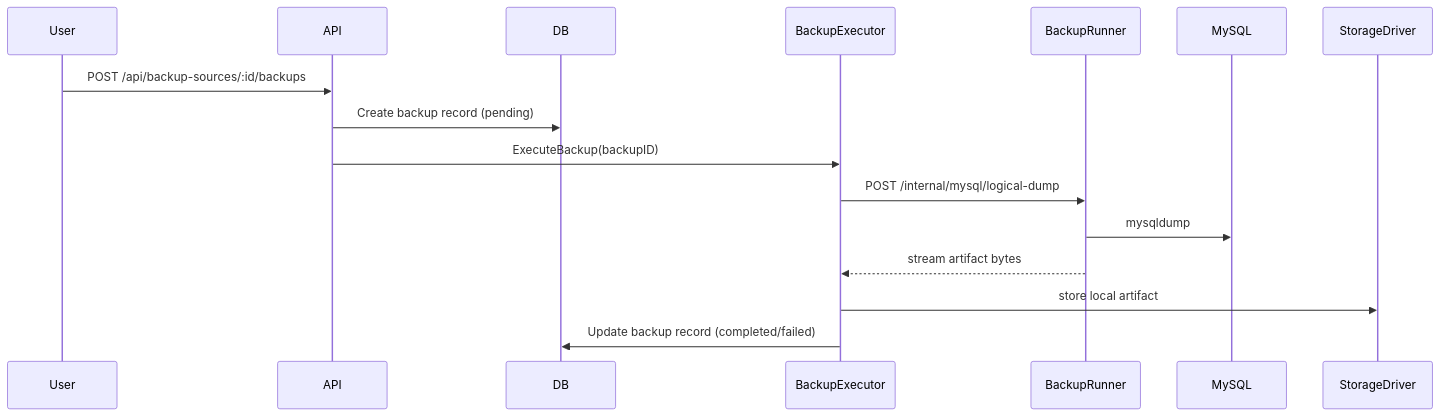
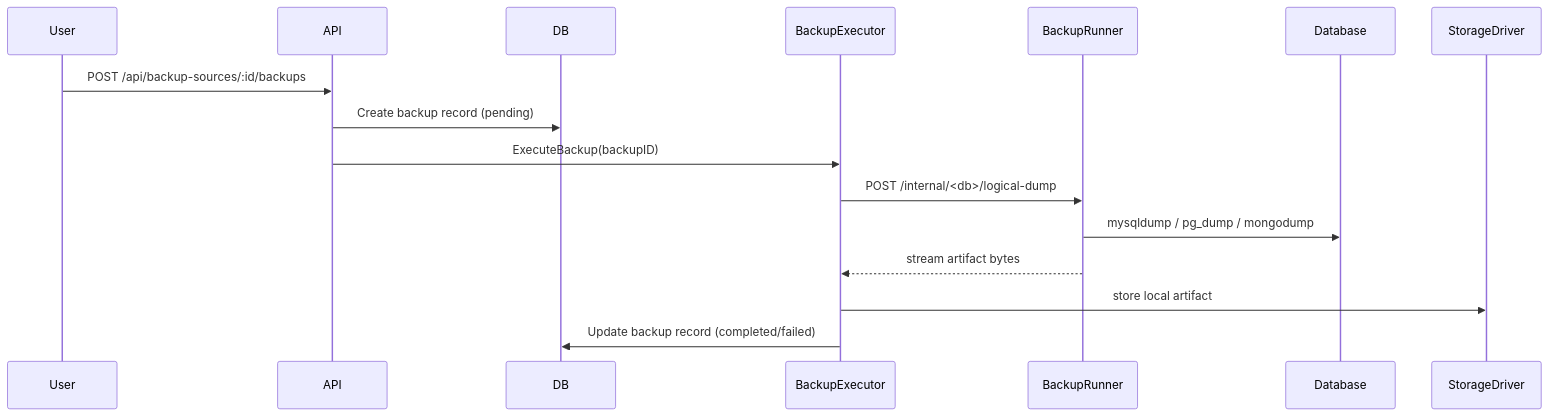
Before and after one commit to OpenViCloud/tango: the fifth of 9 diagrams in roadmap/ARCHITECTURE.md, drawn with Mermaid. The commit also changed other lines of this file and 4 other files, not shown here.

Commit message:
docs: sync backend skills with backup runner support

````diff
--- a/roadmap/ARCHITECTURE.md
+++ b/roadmap/ARCHITECTURE.md
@@ -193,11 +194,11 @@
 ```mermaid
 sequenceDiagram
     User->>API: POST /api/backup-sources/:id/backups
     API->>DB: Create backup record (pending)
     API->>BackupExecutor: ExecuteBackup(backupID)
-    BackupExecutor->>BackupRunner: POST /internal/mysql/logical-dump
-    BackupRunner->>MySQL: mysqldump
+    BackupExecutor->>BackupRunner: POST /internal/<db>/logical-dump
+    BackupRunner->>Database: mysqldump / pg_dump / mongodump
     BackupRunner-->>BackupExecutor: stream artifact bytes
     BackupExecutor->>StorageDriver: store local artifact
     BackupExecutor->>DB: Update backup record (completed/failed)
 ```
````
